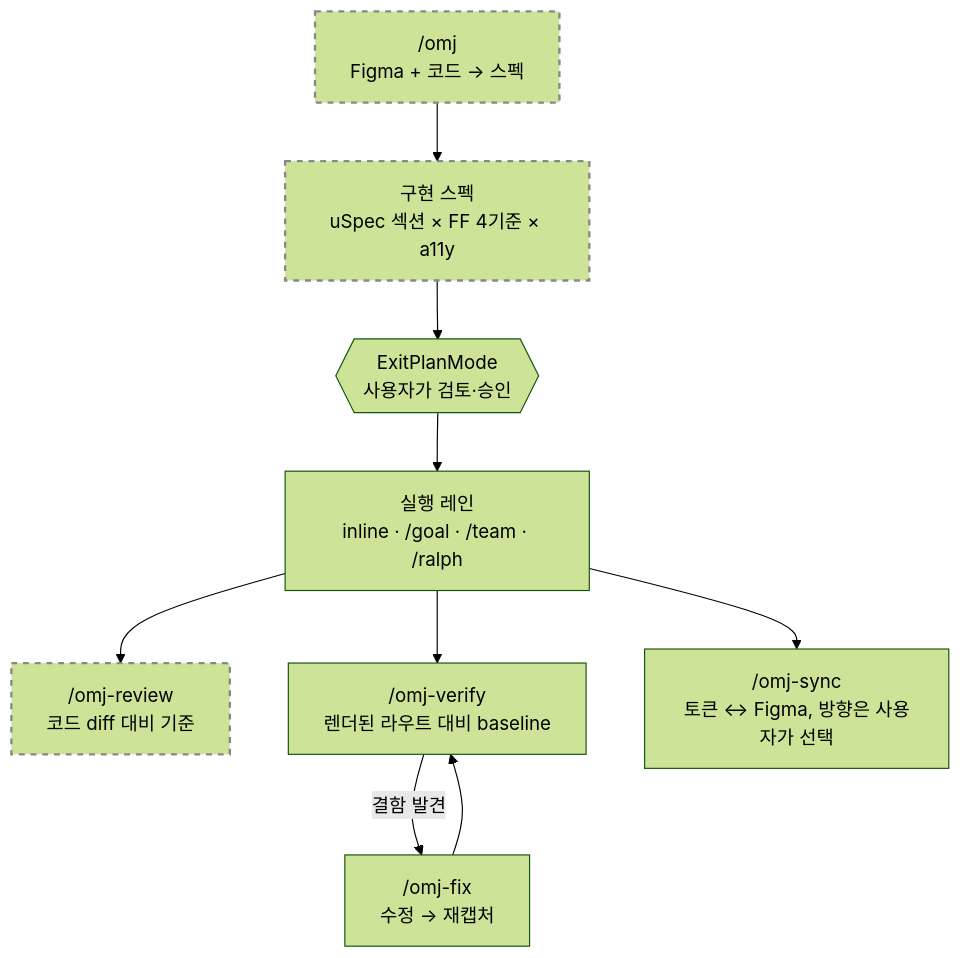
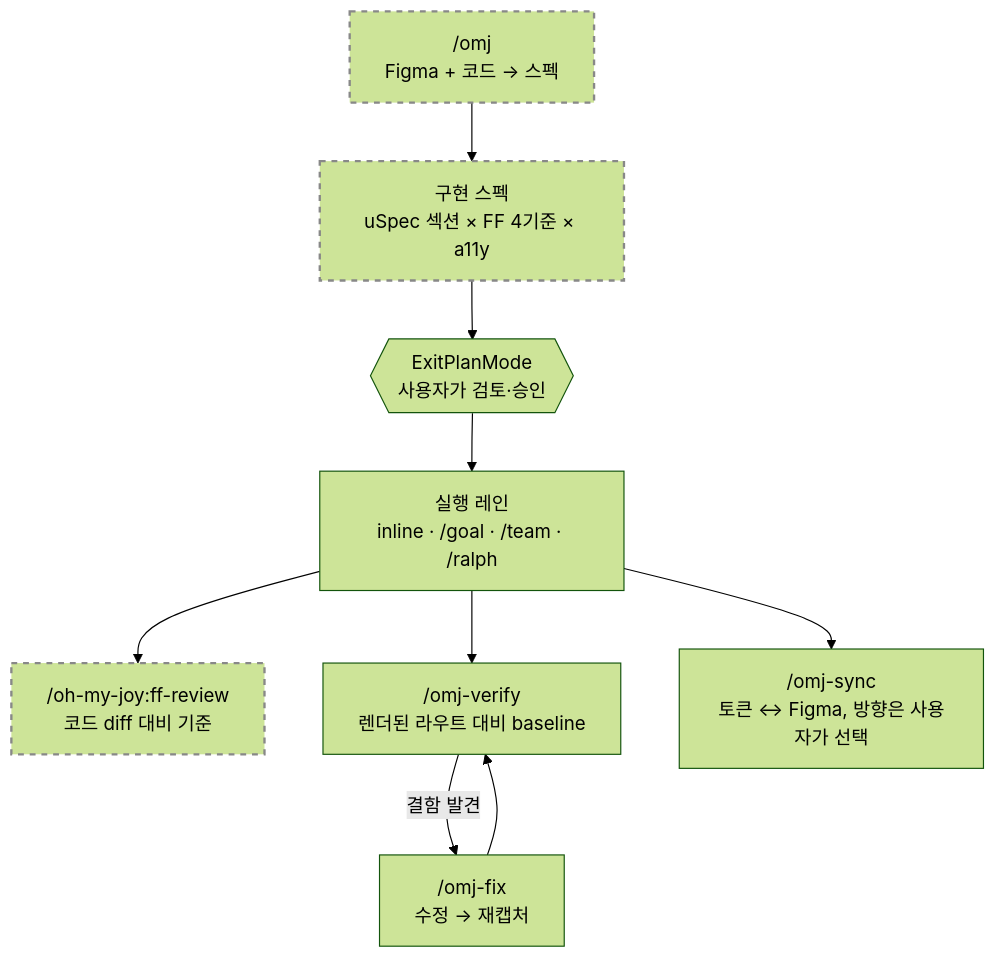
The diagram in README.ko.md (S-jooyoung/oh-my-joy), drawn with Mermaid (forest theme) before and after one commit. The commit also changed other lines of this file and 23 other files, not shown here.

````diff
--- a/README.ko.md
+++ b/README.ko.md
@@ -28,13 +28,13 @@
 ```mermaid
 flowchart TD
     A["/omj<br/>Figma + 코드 → 스펙"]:::readonly --> B["구현 스펙<br/>uSpec 섹션 × FF 4기준 × a11y"]:::readonly
     B --> C{{"ExitPlanMode<br/>사용자가 검토·승인"}}
     C --> D["실행 레인<br/>inline · /goal · /team · /ralph"]
-    D --> E["/omj-review<br/>코드 diff 대비 기준"]:::readonly
+    D --> E["/oh-my-joy:ff-review<br/>코드 diff 대비 기준"]:::readonly
     D --> F["/omj-verify<br/>렌더된 라우트 대비 baseline"]
     F -->|결함 발견| G["/omj-fix<br/>수정 → 재캡처"]
     G --> F
     D --> H["/omj-sync<br/>토큰 ↔ Figma, 방향은 사용자가 선택"]
 
     classDef readonly stroke:#888,stroke-width:2px,stroke-dasharray: 5 5;
 ```
````
